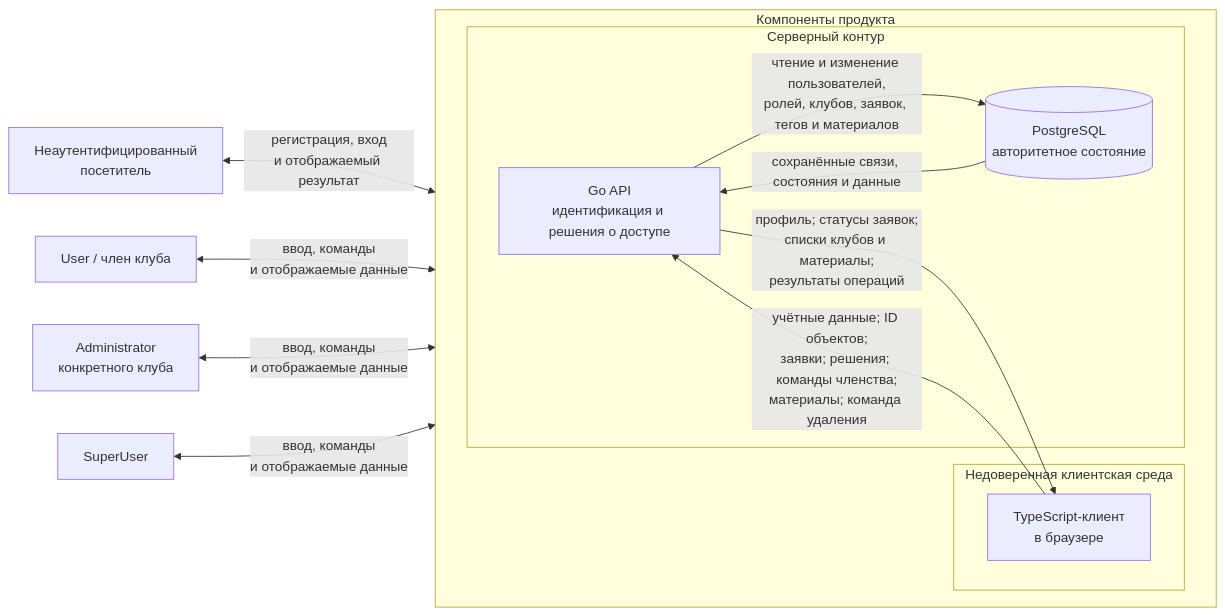
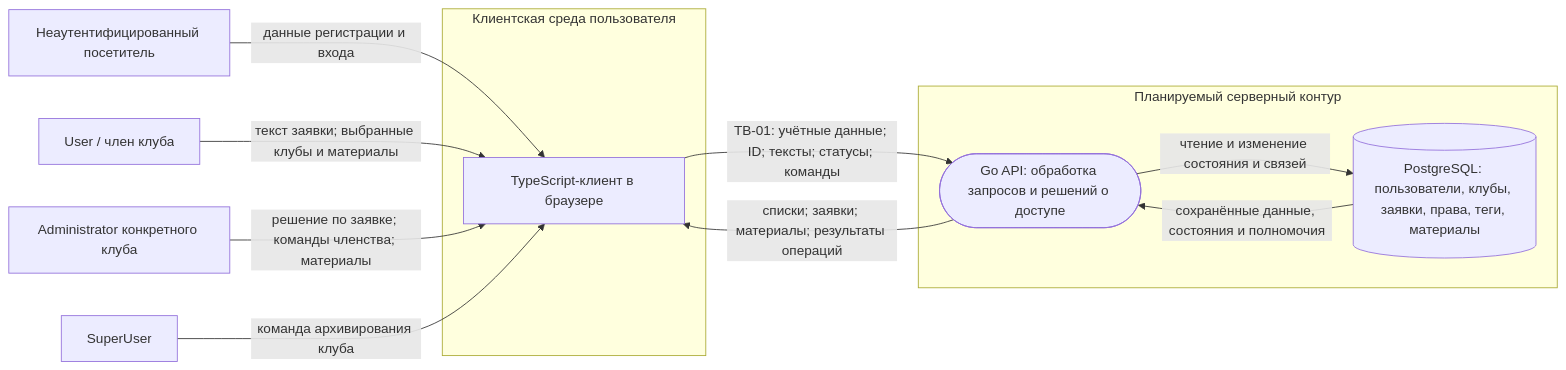
Before and after one commit to tupitsin88/KozyrniyTUZ: the diagram in THREAT_MODEL.md, drawn with Mermaid. The commit also changed other lines of this file and 4 other files, not shown here.

````diff
--- a/THREAT_MODEL.md
+++ b/THREAT_MODEL.md
@@ -33,30 +24,24 @@
 ```mermaid
 flowchart LR
-    N["Неаутентифицированный<br/>посетитель"]
+    N["Неаутентифицированный посетитель"]
     U["User / член клуба"]
-    A["Administrator<br/>конкретного клуба"]
+    A["Administrator конкретного клуба"]
     S["SuperUser"]
 
-    subgraph Product["Компоненты продукта"]
-        direction LR
-
-        subgraph Client["Недоверенная клиентская среда"]
-            B["TypeScript-клиент<br/>в браузере"]
-        end
-
-        subgraph Server["Серверный контур"]
-            API["Go API<br/>идентификация и решения о доступе"]
-            DB[("PostgreSQL<br/>авторитетное состояние")]
-        end
+    subgraph Client["Клиентская среда пользователя"]
+        B["TypeScript-клиент в браузере"]
+    end
+    subgraph Server["Планируемый серверный контур"]
+        API(["Go API: обработка запросов и решений о доступе"])
+        DB[("PostgreSQL: пользователи, клубы, заявки, права, теги, материалы")]
     end
 
-    N <-->|"регистрация, вход<br/>и отображаемый результат"| B
-    U <-->|"ввод, команды<br/>и отображаемые данные"| B
-    A <-->|"ввод, команды<br/>и отображаемые данные"| B
-    S <-->|"ввод, команды<br/>и отображаемые данные"| B
-
-    B -- "учётные данные; ID объектов;<br/>заявки; решения; команды членства;<br/>материалы; команда удаления" --> API
-    API -- "профиль; статусы заявок;<br/>списки клубов и материалы;<br/>результаты операций" --> B
-    API -- "чтение и изменение пользователей,<br/>ролей, клубов, заявок, тегов и материалов" --> DB
-    DB -- "сохранённые связи, состояния и данные" --> API
+    N -->|"данные регистрации и входа"| B
+    U -->|"текст заявки; выбранные клубы и материалы"| B
+    A -->|"решение по заявке; команды членства; материалы"| B
+    S -->|"команда архивирования клуба"| B
+    B -->|"TB-01: учётные данные; ID; тексты; статусы; команды"| API
+    API -->|"списки; заявки; материалы; результаты операций"| B
+    API -->|"чтение и изменение состояния и связей"| DB
+    DB -->|"сохранённые данные, состояния и полномочия"| API
 ```
````
